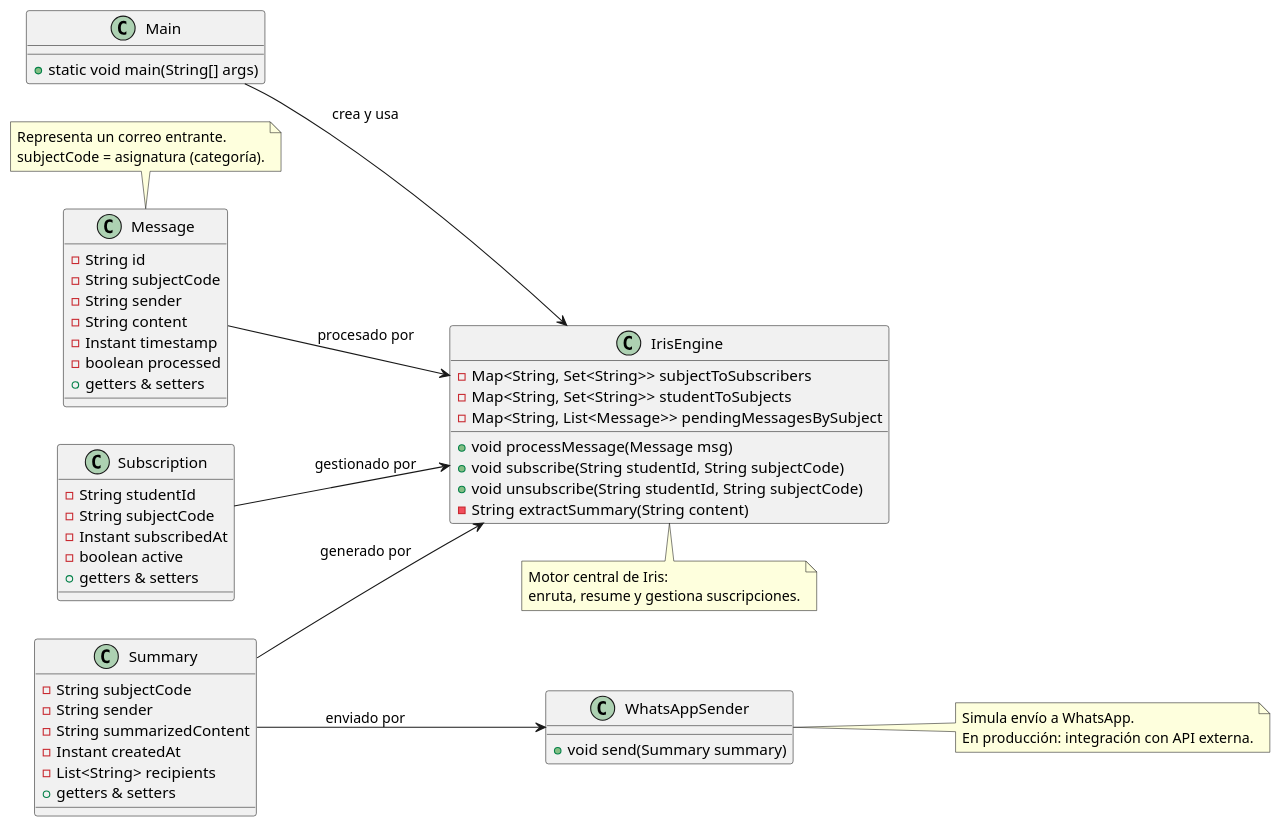
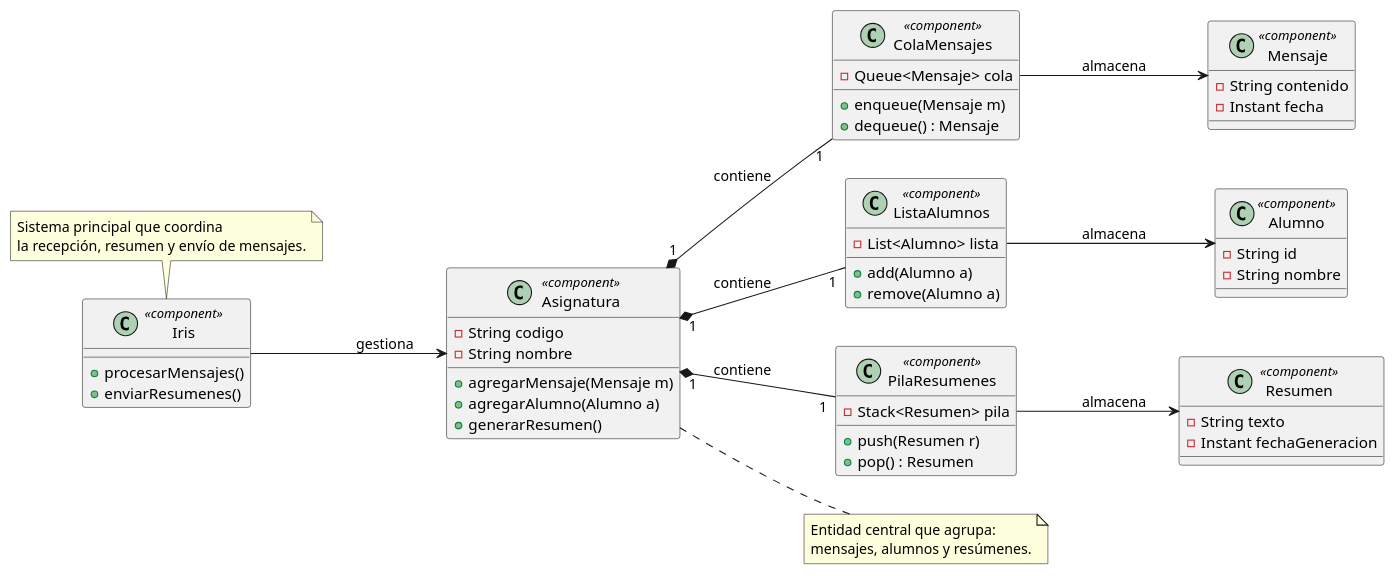
Before and after one commit to mmasias/25-26-EDA1: the diagram in entregas/cuestaAlejandra/documentosUML/Diagrama.puml, drawn with PlantUML. The commit also changed 11 other files, not shown here.

```diff
--- a/entregas/cuestaAlejandra/documentosUML/Diagrama.puml
+++ b/entregas/cuestaAlejandra/documentosUML/Diagrama.puml
@@ -1,70 +1,76 @@
 @startuml
+skinparam rectangle {
+  BackgroundColor<<component>> LightGreen
+}
+
+' Clases principales
+class Iris <<component>> {
+  + procesarMensajes()
+  + enviarResumenes()
+}
+
+class Asignatura <<component>> {
+  - String codigo
+  - String nombre
+  + agregarMensaje(Mensaje m)
+  + agregarAlumno(Alumno a)
+  + generarResumen()
+}
+
+class ColaMensajes <<component>> {
+  - Queue<Mensaje> cola
+  + enqueue(Mensaje m)
+  + dequeue() : Mensaje
+}
+
+class ListaAlumnos <<component>> {
+  - List<Alumno> lista
+  + add(Alumno a)
+  + remove(Alumno a)
+}
+
+class PilaResumenes <<component>> {
+  - Stack<Resumen> pila
+  + push(Resumen r)
+  + pop() : Resumen
+}
+
+class Mensaje <<component>> {
+  - String contenido
+  - Instant fecha
+}
+
+class Alumno <<component>> {
+  - String id
+  - String nombre
+}
+
+class Resumen <<component>> {
+  - String texto
+  - Instant fechaGeneracion
+}
+
+' Relaciones: Composición (agregación fuerte)
+Iris --> Asignatura : gestiona
+Asignatura "1" *-- "1" ColaMensajes : contiene
+Asignatura "1" *-- "1" ListaAlumnos : contiene
+Asignatura "1" *-- "1" PilaResumenes : contiene
+
+ColaMensajes --> Mensaje : almacena
+ListaAlumnos --> Alumno : almacena
+PilaResumenes --> Resumen : almacena
+
+' Estilo: layout horizontal
 left to right direction
 
-class Message {
-  - String id
-  - String subjectCode
-  - String sender
-  - String content
-  - Instant timestamp
-  - boolean processed
-  + getters & setters
-}
-
-class Subscription {
-  - String studentId
-  - String subjectCode
-  - Instant subscribedAt
-  - boolean active
-  + getters & setters
-}
-
-class Summary {
-  - String subjectCode
-  - String sender
-  - String summarizedContent
-  - Instant createdAt
-  - List<String> recipients
-  + getters & setters
-}
-
-class IrisEngine {
-  - Map<String, Set<String>> subjectToSubscribers
-  - Map<String, Set<String>> studentToSubjects
-  - Map<String, List<Message>> pendingMessagesBySubject
-  + void processMessage(Message msg)
-  + void subscribe(String studentId, String subjectCode)
-  + void unsubscribe(String studentId, String subjectCode)
-  - String extractSummary(String content)
-}
-
-class WhatsAppSender {
-  + void send(Summary summary)
-}
-
-class Main {
-  + static void main(String[] args)
-}
-
-' Relaciones
-Main --> IrisEngine : crea y usa
-Message --> IrisEngine : procesado por
-Subscription --> IrisEngine : gestionado por
-Summary --> IrisEngine : generado por
-Summary --> WhatsAppSender : enviado por
-
-note top of Message
-  Representa un correo entrante.
-  subjectCode = asignatura (categoría).
+note top of Iris
+  Sistema principal que coordina
+  la recepción, resumen y envío de mensajes.
 end note
 
-note bottom of IrisEngine
-  Motor central de Iris:
-  enruta, resume y gestiona suscripciones.
+note right of Asignatura
+  Entidad central que agrupa:
+  mensajes, alumnos y resúmenes.
 end note
 
-note right of WhatsAppSender
-  Simula envío a WhatsApp.
-  En producción: integración con API externa.
-end note
 @enduml
```
